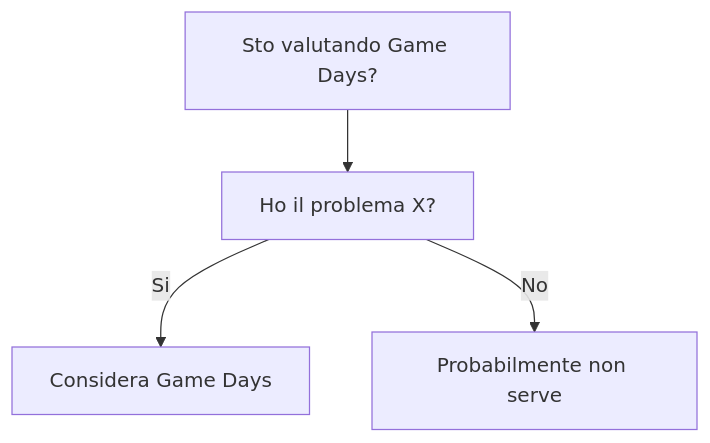
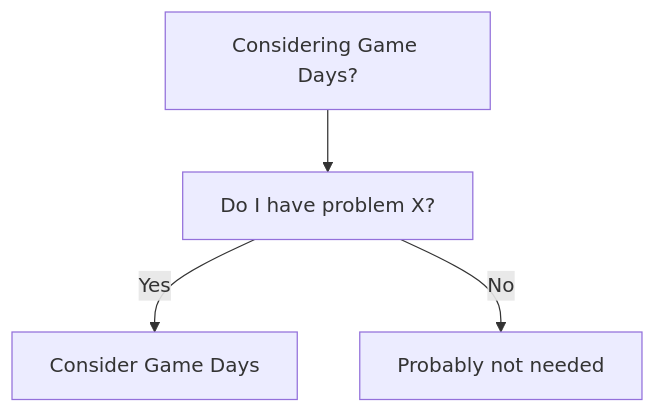
One commit to HxT9/Software-Dev-Wiki changed the diagram in dev-wiki/23_Resilience_Engineering/Game_Days/When_To_Use.md. Above: the diagram before and after it, drawn with Mermaid. The commit also changed other lines of this file and 3444 other files, not shown here.

````diff
--- a/dev-wiki/23_Resilience_Engineering/Game_Days/When_To_Use.md
+++ b/dev-wiki/23_Resilience_Engineering/Game_Days/When_To_Use.md
@@ -19,6 +19,6 @@
 ```mermaid
 flowchart TD
-  Q[Sto valutando Game Days?] --> Q1[Ho il problema X?]
-  Q1 -->|Si| OK[Considera Game Days]
-  Q1 -->|No| NO[Probabilmente non serve]
+  Q[Considering Game Days?] --> Q1[Do I have problem X?]
+  Q1 -->|Yes| OK[Consider Game Days]
+  Q1 -->|No| NO[Probably not needed]
 ```
````
